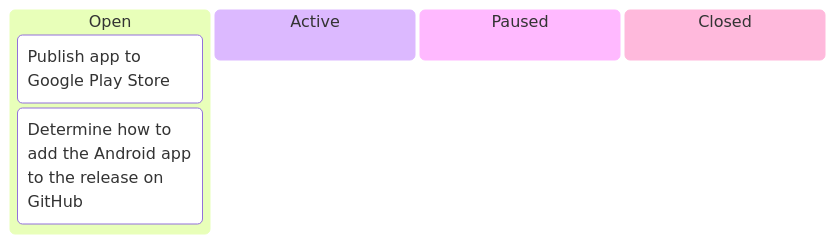
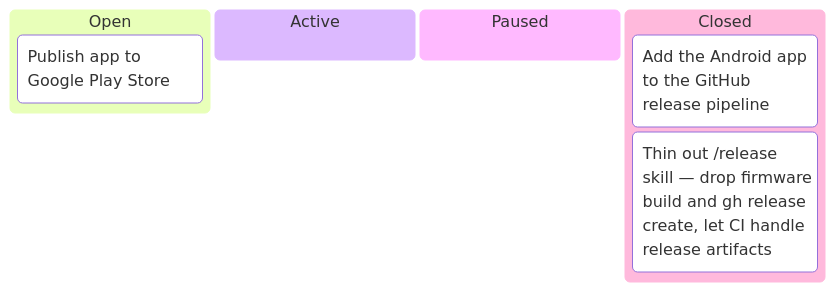
One commit to tgd1975/AwesomeGuitarPedal changed the second of 8 diagrams in docs/developers/tasks/KANBAN.md. Above: the diagram before and after it, drawn with Mermaid. The commit also changed other lines of this file and 438 other files, not shown here.

````diff
--- a/docs/developers/tasks/KANBAN.md
+++ b/docs/developers/tasks/KANBAN.md
@@ -11,9 +27,10 @@
 ```mermaid
 kanban
   Open
     TASK_160["Publish app to Google Play Store"]
-    TASK_179["Determine how to add the Android app to the release on GitHub"]
   Active
   Paused
   Closed
+    TASK_179["Add the Android app to the GitHub release pipeline"]
+    TASK_364["Thin out /release skill — drop firmware build and gh release create, let CI handle release artifacts"]
 ```
````
